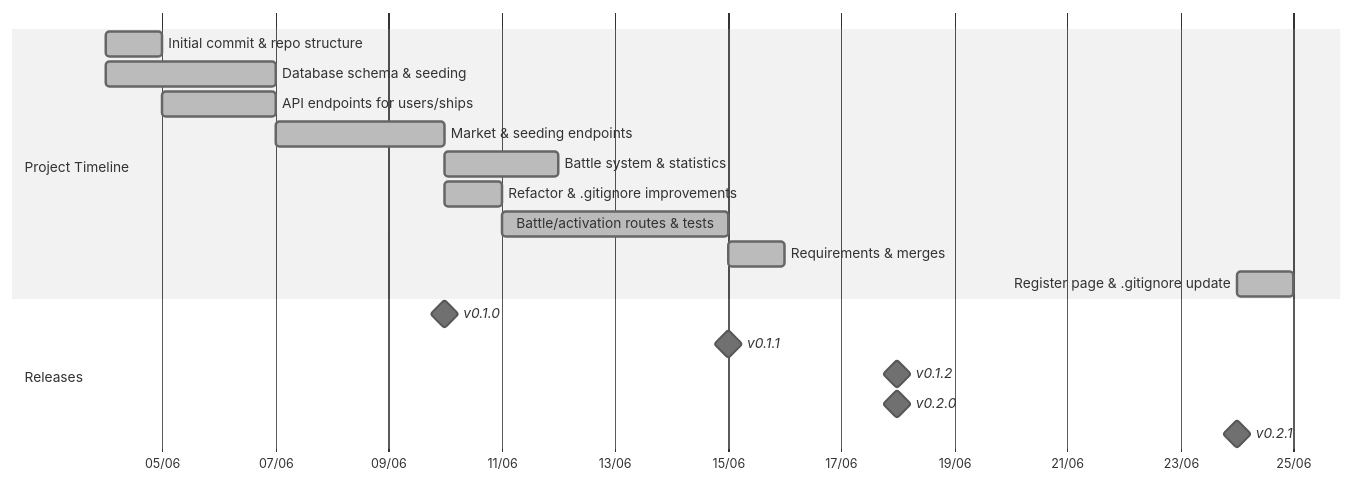
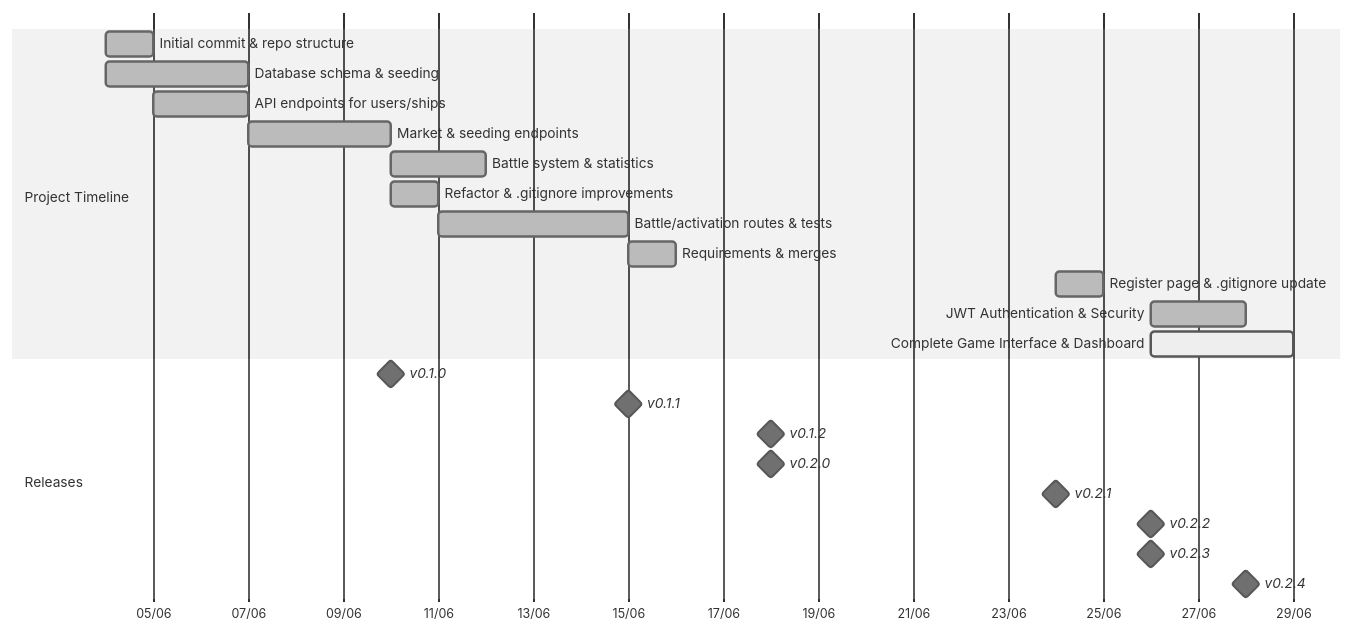
Before and after one commit to FilipePacheco73/Bellum-Astrum: the third of 3 diagrams in README.md, drawn with Mermaid (neutral theme). The commit also changed other lines of this file, not shown here.

Commit message:
feat: Update README with enhanced features, authentication details, and project structure

````diff
--- a/README.md
+++ b/README.md
@@ -216,22 +264,27 @@
 ```mermaid
 gantt
 dateFormat  YYYY-MM-DD
 axisFormat  %d/%m
 section Project Timeline
 Initial commit & repo structure        :done,    des1, 2025-06-04, 1d
 Database schema & seeding             :done,    des2, 2025-06-04, 3d
 API endpoints for users/ships         :done,    des3, 2025-06-05, 2d
 Market & seeding endpoints            :done,    des4, 2025-06-07, 3d
 Battle system & statistics            :done,    des5, 2025-06-10, 2d
 Refactor & .gitignore improvements    :done,    des6, 2025-06-10, 1d
 Battle/activation routes & tests      :done,    des7, 2025-06-11, 4d
 Requirements & merges                 :done,    des8, 2025-06-15, 1d
 Register page & .gitignore update     :done,    des9, 2025-06-24, 1d
+JWT Authentication & Security         :done,    des10, 2025-06-26, 2d
+Complete Game Interface & Dashboard   :active,  des11, 2025-06-26, 3d
 
 section Releases
 v0.1.0 :milestone, m1, 2025-06-10, 0d
 v0.1.1 :milestone, m2, 2025-06-15, 0d
 v0.1.2 :milestone, m3, 2025-06-18, 0d
 v0.2.0 :milestone, m4, 2025-06-18, 0d
 v0.2.1 :milestone, m5, 2025-06-24, 0d
+v0.2.2 :milestone, m6, 2025-06-26, 0d
+v0.2.3 :milestone, m7, 2025-06-26, 0d
+v0.2.4 :milestone, m8, 2025-06-28, 0d
 ```
````
